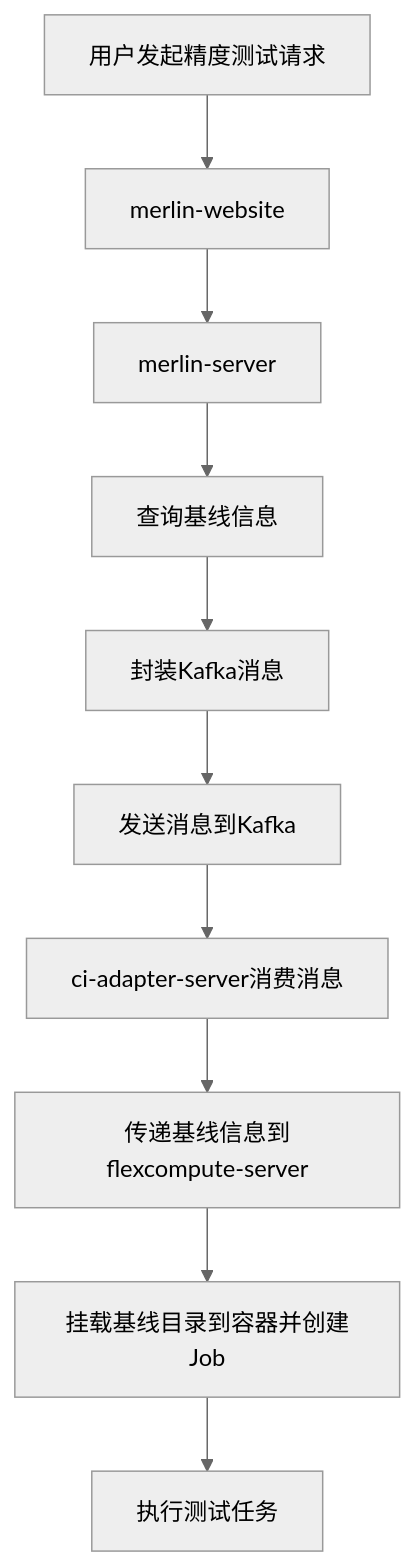
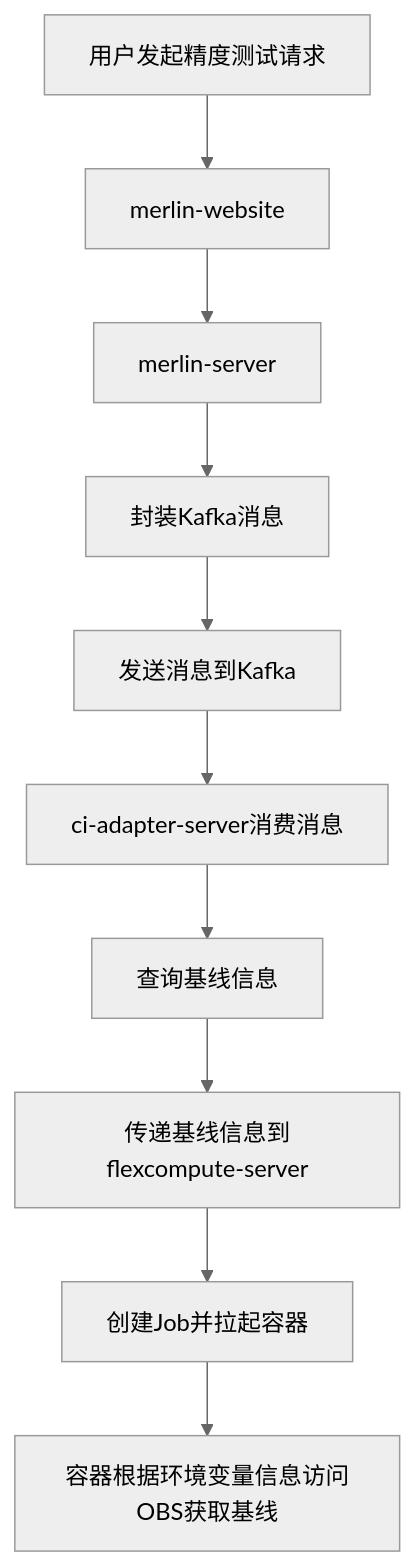
Before and after one commit to pillumina/design-proposal: the seventh of 17 diagrams in 模型精度性能测试自动化.md, drawn with Mermaid (neutral theme). The commit also changed other lines of this file, not shown here.

````diff
--- a/模型精度性能测试自动化.md
+++ b/模型精度性能测试自动化.md
@@ -826,12 +1035,12 @@
 ```mermaid
 graph TD;
     A[用户发起精度测试请求] --> B[merlin-website]
     B --> C[merlin-server]
-    C --> D[查询基线信息]
-    D --> E[封装Kafka消息]
-    E --> F[发送消息到Kafka]
-    F --> G[ci-adapter-server消费消息]
+    C --> D[封装Kafka消息]
+    D --> E[发送消息到Kafka]
+    E --> F[ci-adapter-server消费消息]
+    F --> G[查询基线信息]
     G --> H[传递基线信息到flexcompute-server]
-    H --> I[挂载基线目录到容器并创建Job]
-    I --> J[执行测试任务]
+    H --> I[创建Job并拉起容器]
+    I --> J[容器根据环境变量信息访问OBS获取基线]
 ```
````
